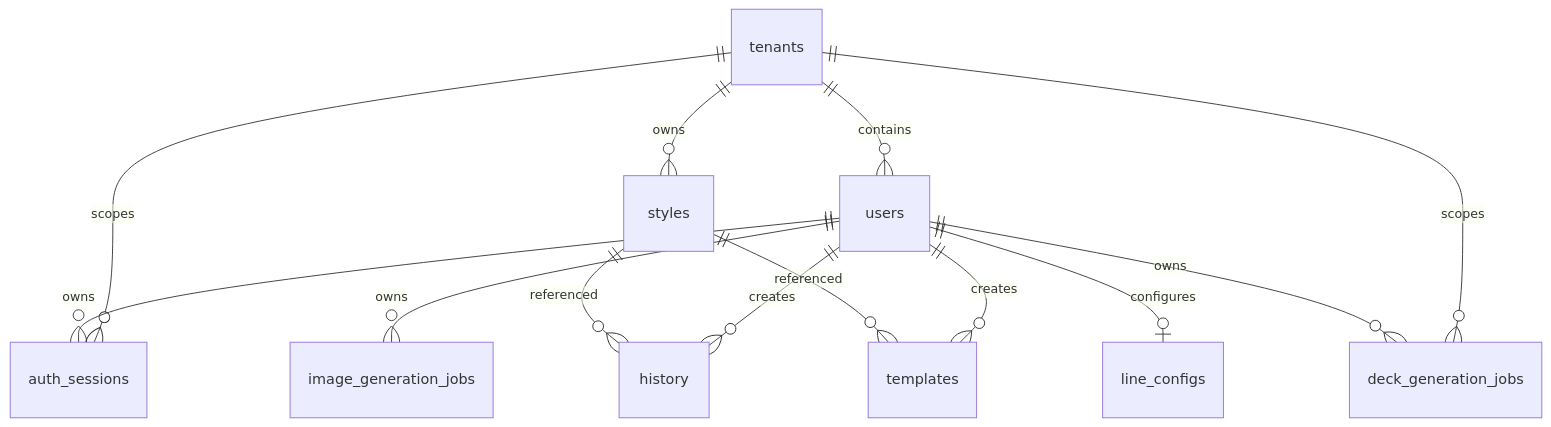
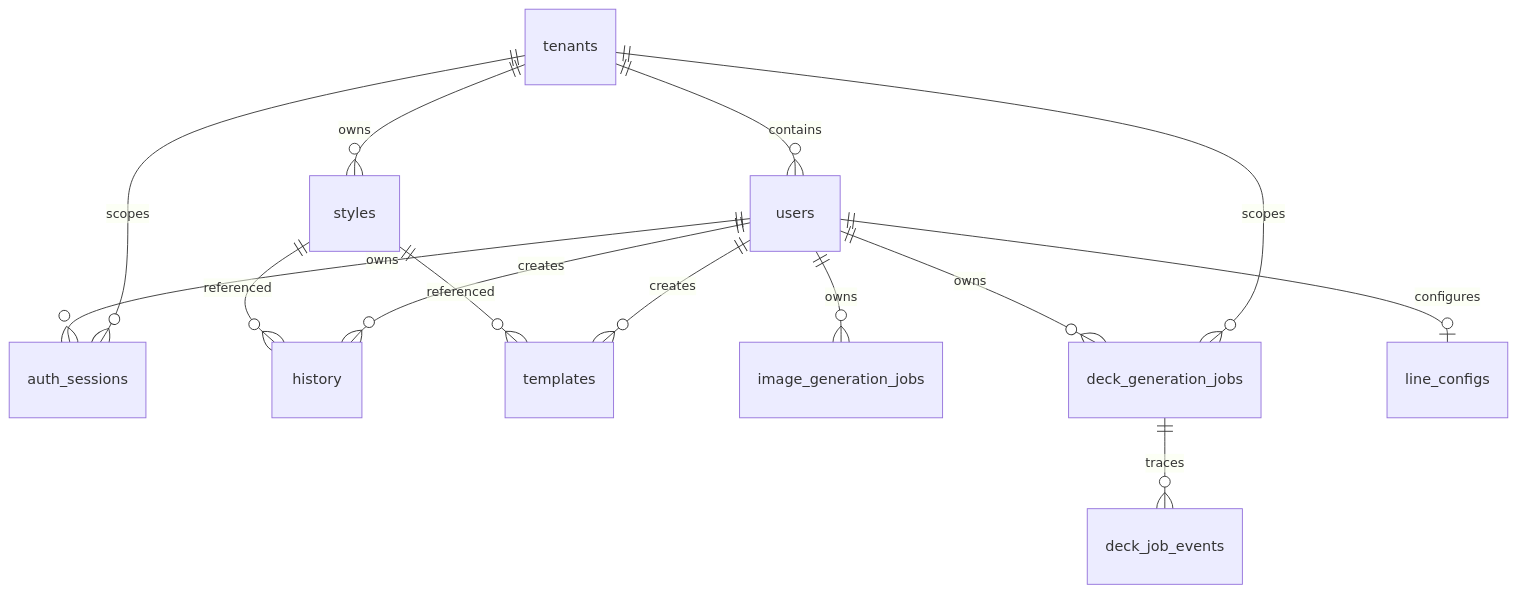
Before and after one commit to tony30552001/Genpic-master: the diagram in openwiki/data/schema.md, drawn with Mermaid. The commit also changed other lines of this file and 5 other files, not shown here.

````diff
--- a/openwiki/data/schema.md
+++ b/openwiki/data/schema.md
@@ -18,15 +18,16 @@
 ```mermaid
 erDiagram
   tenants ||--o{ users : contains
   tenants ||--o{ auth_sessions : scopes
   users ||--o{ auth_sessions : owns
   tenants ||--o{ styles : owns
   users ||--o{ history : creates
   users ||--o{ templates : creates
   users ||--o{ image_generation_jobs : owns
   tenants ||--o{ deck_generation_jobs : scopes
   users ||--o{ deck_generation_jobs : owns
+  deck_generation_jobs ||--o{ deck_job_events : traces
   users ||--o| line_configs : configures
   styles ||--o{ history : referenced
   styles ||--o{ templates : referenced
 ```
````
